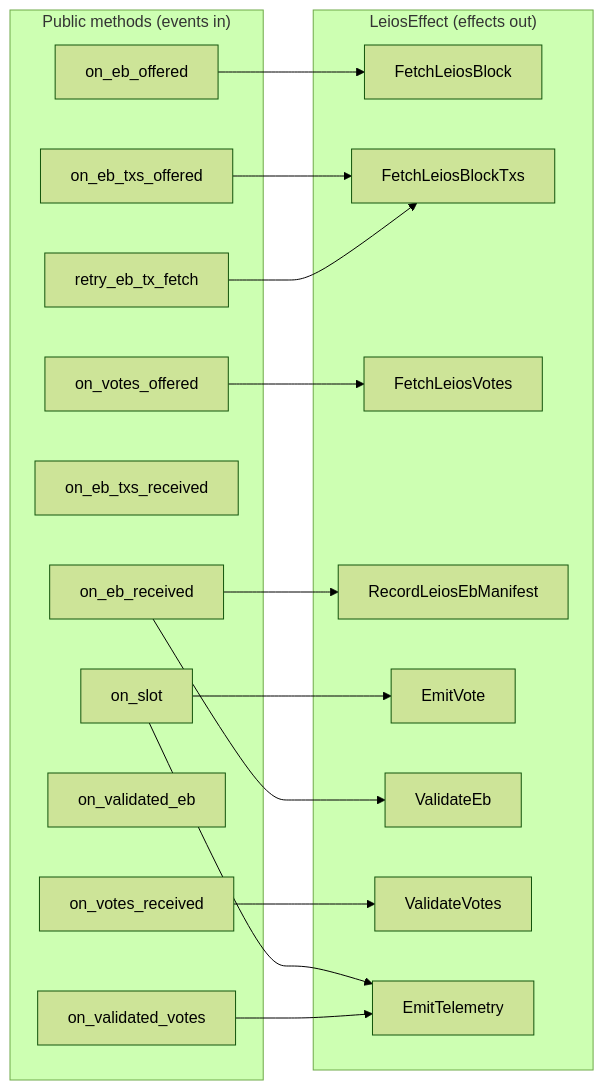
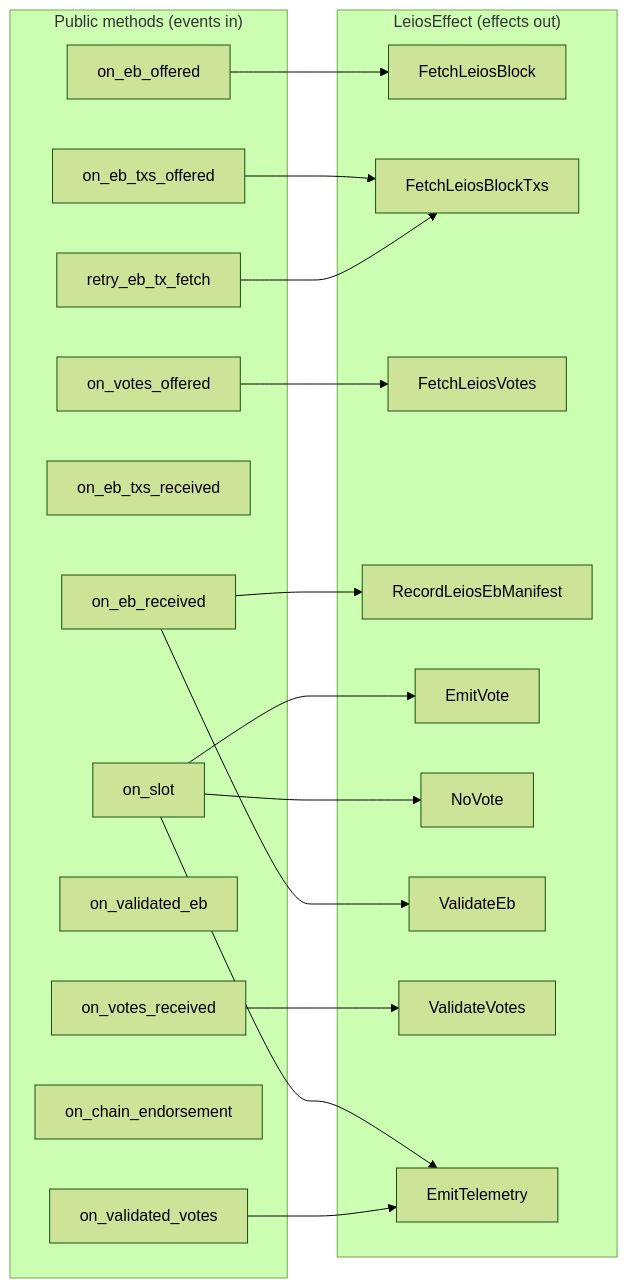
The seventh of 9 diagrams in shared-rs/consensus/README.md (input-output-hk/ouroboros-leios), drawn with Mermaid (forest theme) before and after one commit. The commit also changed other lines of this file and 2 other files, not shown here.

````diff
--- a/shared-rs/consensus/README.md
+++ b/shared-rs/consensus/README.md
@@ -155,37 +293,40 @@
 ```mermaid
 graph LR
     subgraph events["Public methods (events in)"]
         L1[on_slot]
         L2[on_eb_offered]
         L3[on_eb_received]
         L4[on_eb_txs_offered]
         L5[on_eb_txs_received]
         L6[on_votes_offered]
         L7[on_votes_received]
         L8[on_validated_eb]
         L9[on_validated_votes]
-        L10[retry_eb_tx_fetch]
+        L10[on_chain_endorsement]
+        L11[retry_eb_tx_fetch]
     end
 
     subgraph fx["LeiosEffect (effects out)"]
         E1[FetchLeiosBlock]
         E2[FetchLeiosBlockTxs]
         E3[FetchLeiosVotes]
         E4[RecordLeiosEbManifest]
         E5[EmitVote]
-        E6[ValidateEb]
-        E7[ValidateVotes]
-        E8[EmitTelemetry]
+        E6[NoVote]
+        E7[ValidateEb]
+        E8[ValidateVotes]
+        E9[EmitTelemetry]
     end
 
     L1 --> E5
-    L1 --> E8
+    L1 --> E6
+    L1 --> E9
     L2 --> E1
     L3 --> E4
-    L3 --> E6
+    L3 --> E7
     L4 --> E2
     L6 --> E3
-    L7 --> E7
-    L9 --> E8
-    L10 --> E2
+    L7 --> E8
+    L9 --> E9
+    L11 --> E2
 ```
````
